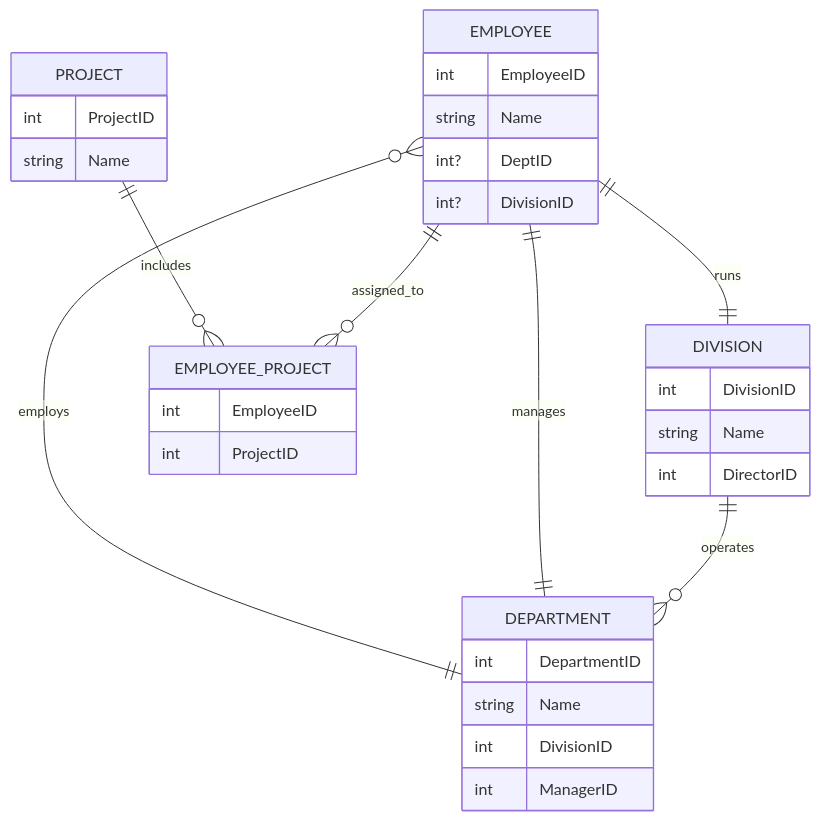
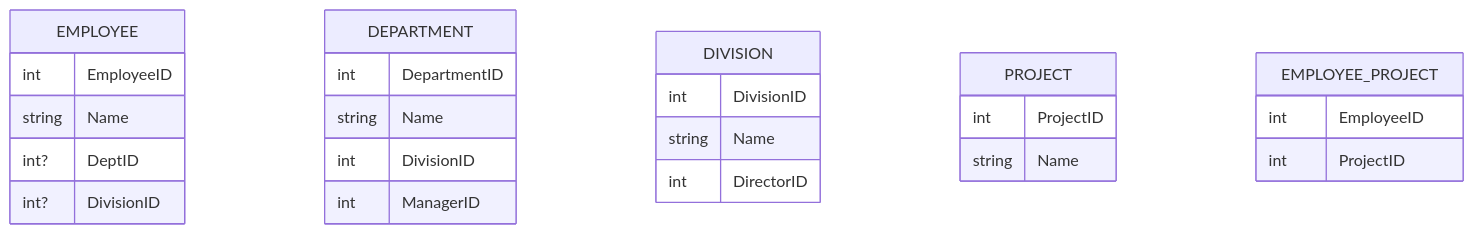
One commit to mszeihen/DatabaseProject-5725 changed the diagram in ERD_mid_diagram.qmd. Above: the diagram before and after it, drawn with Mermaid.

````diff
--- a/ERD_mid_diagram.qmd
+++ b/ERD_mid_diagram.qmd
@@ -1,40 +1,33 @@
 ```{mermaid}
 erDiagram
     EMPLOYEE {
         int EmployeeID 
         string Name
         int? DeptID 
         int? DivisionID 
     }
 
     DEPARTMENT {
         int DepartmentID 
         string Name
         int DivisionID 
         int ManagerID 
     }
 
     DIVISION {
         int DivisionID 
         string Name
         int DirectorID 
     }
 
     PROJECT {
         int ProjectID 
         string Name
     }
 
     EMPLOYEE_PROJECT {
         int EmployeeID 
         int ProjectID 
     }
 
-    DEPARTMENT ||--o{ EMPLOYEE : employs
-    DIVISION ||--o{ DEPARTMENT : operates
-    EMPLOYEE ||--o{ EMPLOYEE_PROJECT : assigned_to
-    PROJECT ||--o{ EMPLOYEE_PROJECT : includes
-    EMPLOYEE ||--|| DEPARTMENT : manages
-    EMPLOYEE ||--|| DIVISION : runs
-
 ```
````
